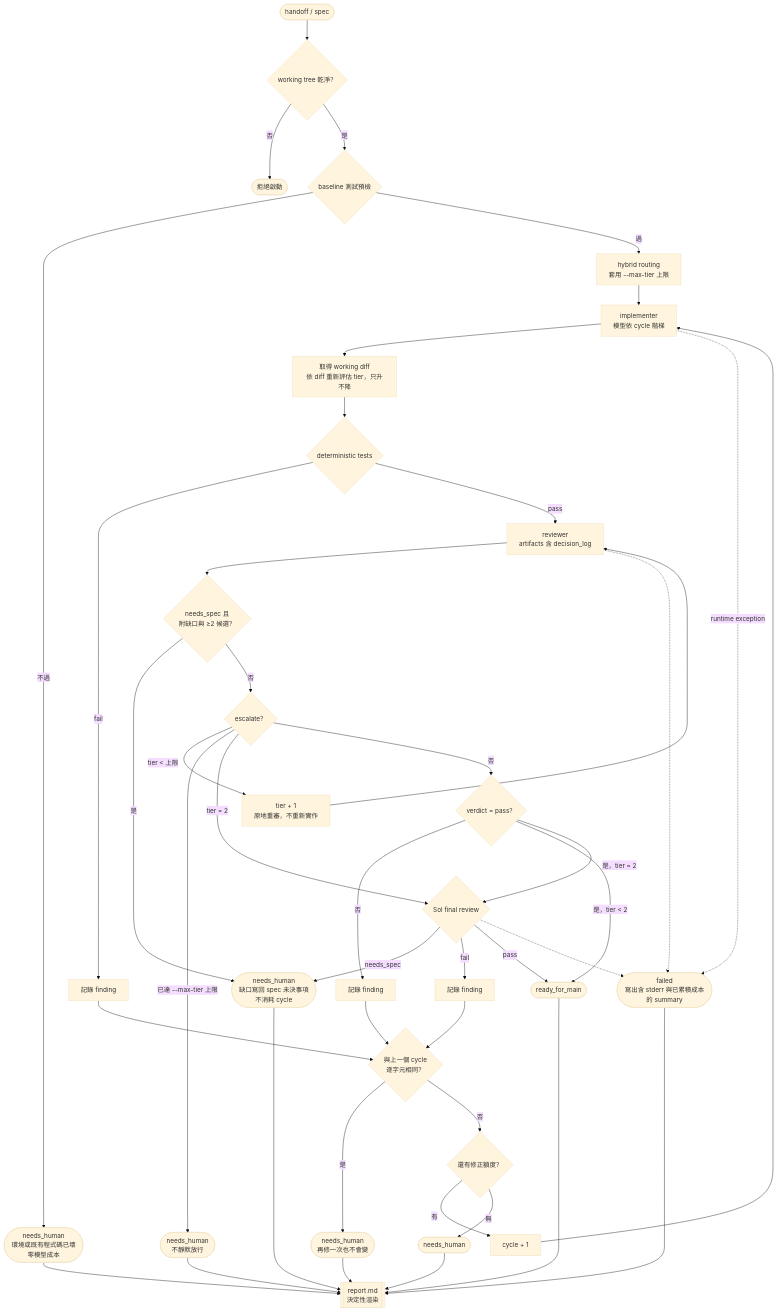
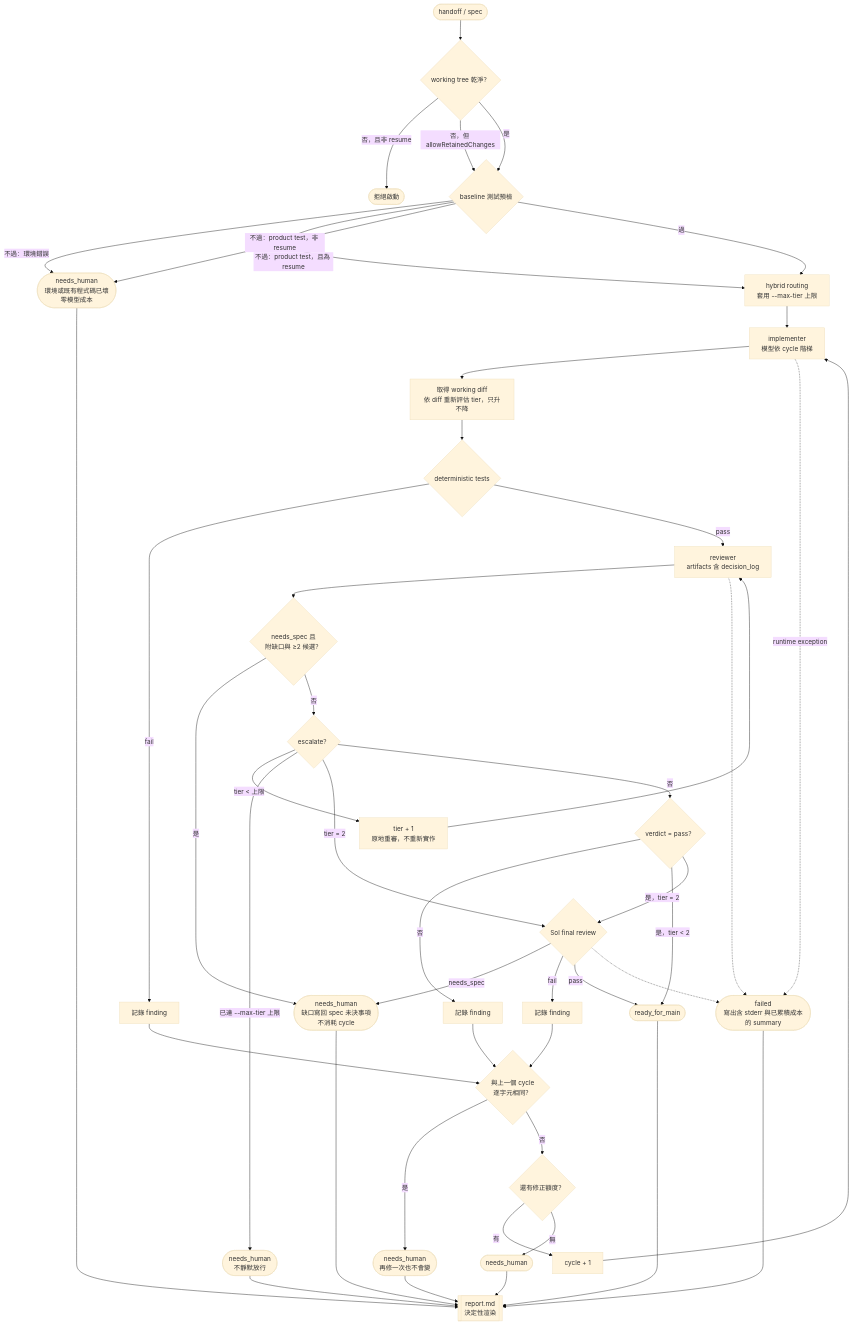
One commit to skai-in-ai/dev-flow changed the diagram in docs/modules/orchestration.md. Above: the diagram before and after it, drawn with Mermaid (base theme). The commit also changed other lines of this file and 10 other files, not shown here.

````diff
--- a/docs/modules/orchestration.md
+++ b/docs/modules/orchestration.md
@@ -19,50 +19,53 @@
 ```mermaid
 flowchart TD
     Start([handoff / spec]) --> Clean{working tree 乾淨？}
-    Clean -- 否 --> Reject([拒絕啟動])
+    Clean -- "否，且非 resume" --> Reject([拒絕啟動])
+    Clean -- "否，但 allowRetainedChanges" --> Pre
     Clean -- 是 --> Pre{baseline 測試預檢}
-    Pre -- 不過 --> PreStop([needs_human<br/>環境或既有程式碼已壞<br/>零模型成本])
+    Pre -- "不過：環境錯誤" --> PreStop([needs_human<br/>環境或既有程式碼已壞<br/>零模型成本])
+    Pre -- "不過：product test，且為 resume" --> Route
+    Pre -- "不過：product test，非 resume" --> PreStop
     Pre -- 過 --> Route[hybrid routing<br/>套用 --max-tier 上限]
 
     Route --> Impl[implementer<br/>模型依 cycle 階梯]
     Impl --> Diff[取得 working diff<br/>依 diff 重新評估 tier，只升不降]
     Diff --> Tests{deterministic tests}
     Tests -- fail --> Rec[記錄 finding] --> Adv
     Tests -- pass --> Rev[reviewer<br/>artifacts 含 decision_log]
 
     Rev --> Gap{needs_spec 且<br/>附缺口與 ≥2 候選？}
     Gap -- 是 --> Human1([needs_human<br/>缺口寫回 spec 未決事項<br/>不消耗 cycle])
     Gap -- 否 --> Esc{escalate？}
 
     Esc -- "tier < 上限" --> Up[tier + 1<br/>原地重審，不重新實作] --> Rev
     Esc -- "已達 --max-tier 上限" --> Human2([needs_human<br/>不靜默放行])
     Esc -- "tier = 2" --> Final
     Esc -- 否 --> Pass{verdict = pass？}
 
     Pass -- 否 --> Rec2[記錄 finding] --> Adv
     Pass -- "是，tier < 2" --> Ready([ready_for_main])
     Pass -- "是，tier = 2" --> Final
 
     Final{Sol final review}
     Final -- needs_spec --> Human1
     Final -- fail --> Rec3[記錄 finding] --> Adv
     Final -- pass --> Ready
 
     Adv{與上一個 cycle<br/>逐字元相同？}
     Adv -- 是 --> Stall([needs_human<br/>再修一次也不會變])
     Adv -- 否 --> Budget{還有修正額度？}
     Budget -- 有 --> Next[cycle + 1] --> Impl
     Budget -- 無 --> Human3([needs_human])
 
     Impl -.->|runtime exception| Failed([failed<br/>寫出含 stderr 與已累積成本的 summary])
     Rev -.-> Failed
     Final -.-> Failed
 
     Ready --> Report[[report.md<br/>決定性渲染]]
     Human1 --> Report
     Human2 --> Report
     Human3 --> Report
     Stall --> Report
     Failed --> Report
     PreStop --> Report
 ```
````
